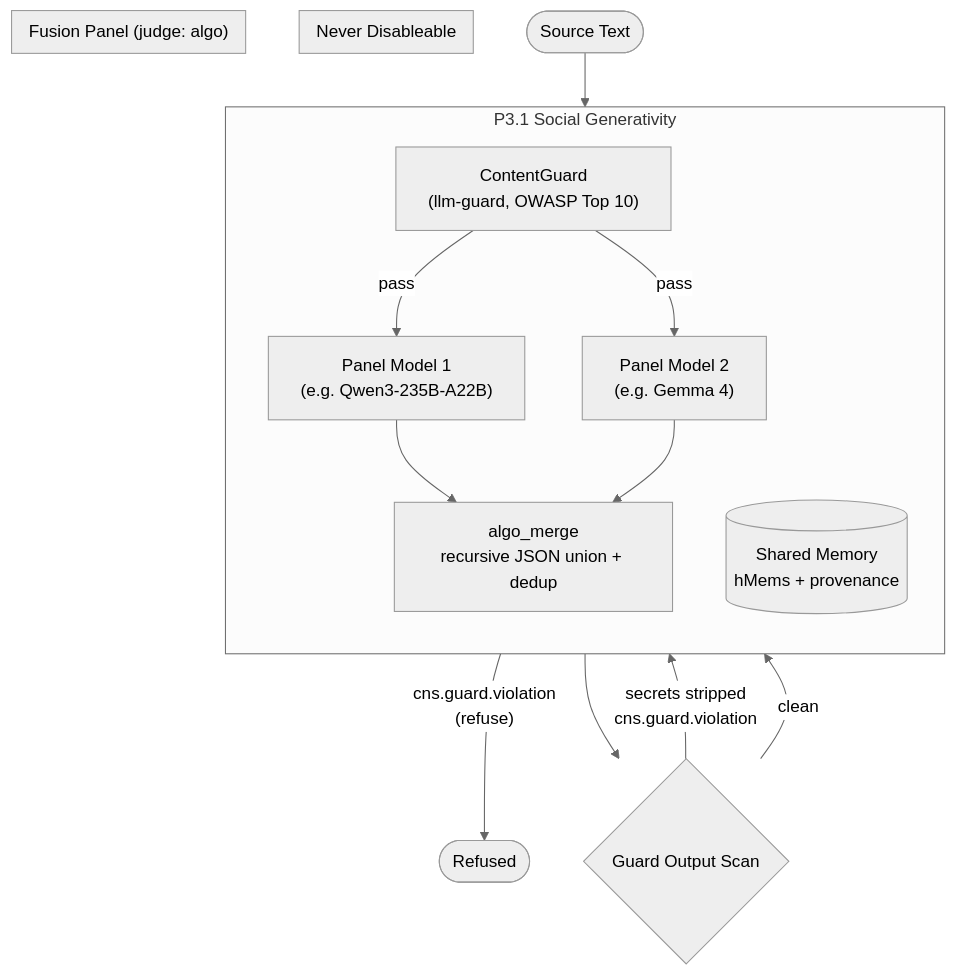
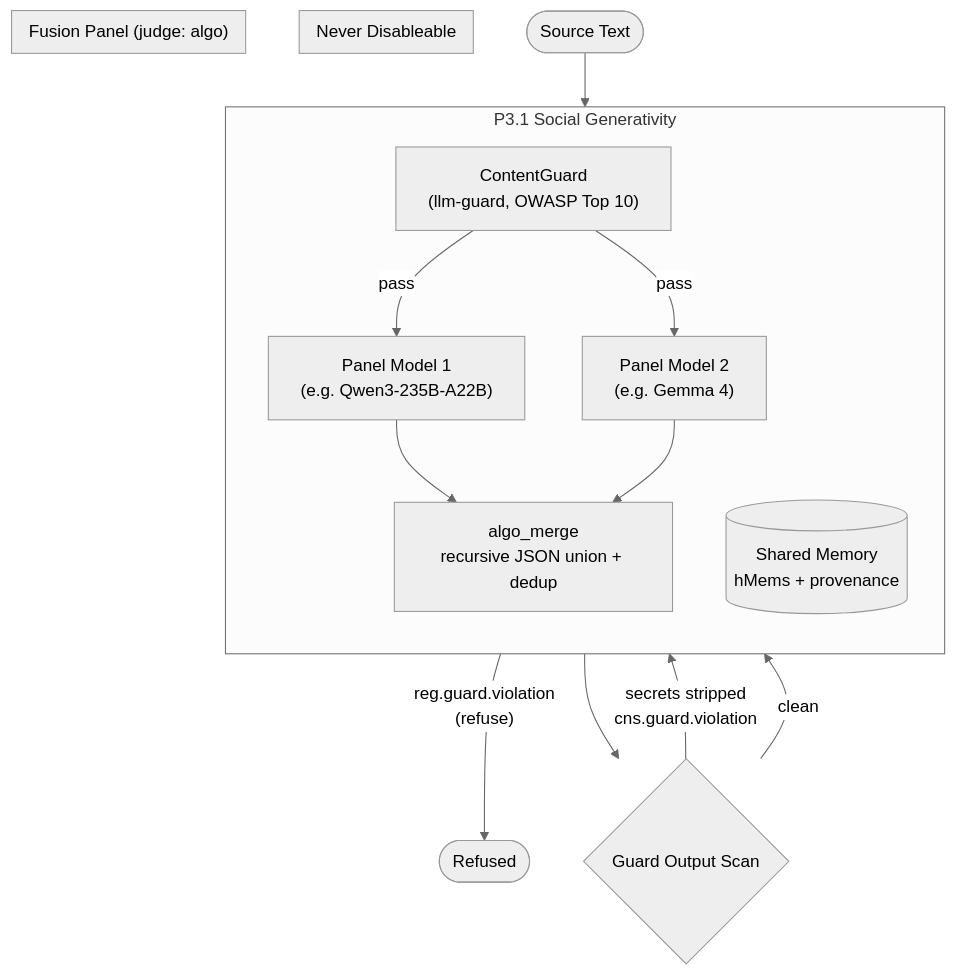
Diagram 11 of 15 in docs/explanation/architecture-patterns.md (mdz-axo/hKask), drawn with Mermaid (neutral theme) before and after one commit. The commit also changed other lines of this file and 68 other files, not shown here.

````diff
--- a/docs/explanation/architecture-patterns.md
+++ b/docs/explanation/architecture-patterns.md
@@ -1891,31 +1891,31 @@
 ```mermaid
 flowchart TD
     subgraph "P3.1 Social Generativity"
         direction TB
         G["ContentGuard\n(llm-guard, OWASP Top 10)"]
         P1["Panel Model 1\n(e.g. Qwen3-235B-A22B)"]
         P2["Panel Model 2\n(e.g. Gemma 4)"]
         AM["algo_merge\nrecursive JSON union + dedup"]
         SM[("Shared Memory\nhMems + provenance")]
     end
 
     IN([Source Text]) --> G
-    G -->|"cns.guard.violation\n(refuse)"| RJ([Refused])
+    G -->|"reg.guard.violation\n(refuse)"| RJ([Refused])
     G -->|pass| P1
     G -->|pass| P2
     P1 --> AM
     P2 --> AM
     AM --> GO{Guard Output Scan}
     GO -->|"secrets stripped\ncns.guard.violation"| AM
     GO -->|clean| SM
 
     subgraph "Never Disableable"
         G
     end
 
     subgraph "Fusion Panel (judge: algo)"
         P1
         P2
         AM
     end
 ```
````
